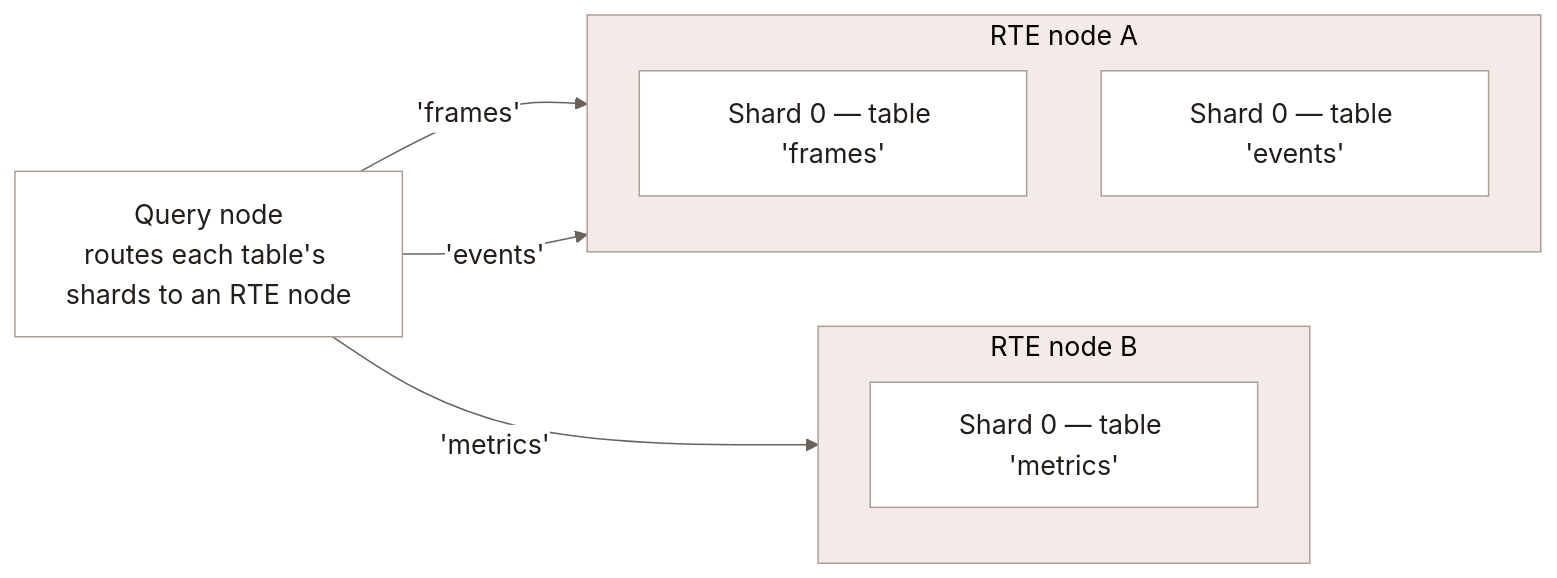
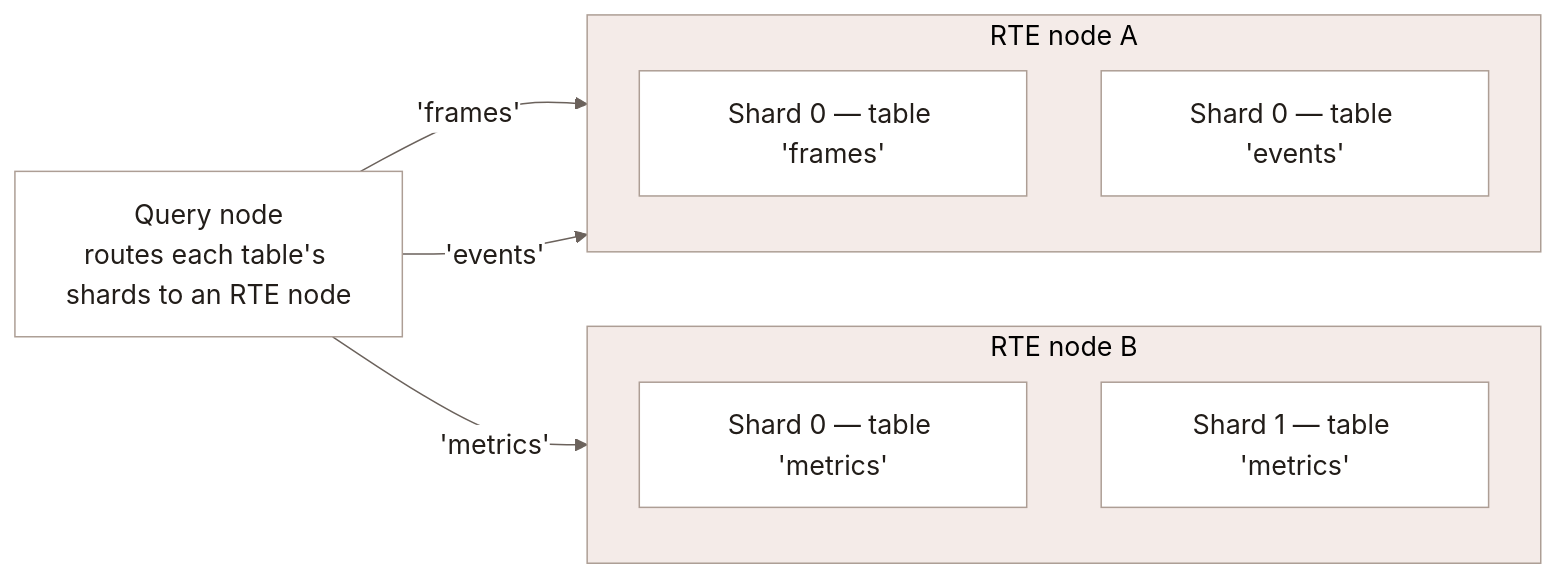
The second of 2 diagrams in docs/web/enterprise/distributed-real-time-write.mdx (lancedb/lancedb), drawn with Mermaid before and after one commit. The commit also changed other lines of this file and 6 other files, not shown here.

````diff
--- a/docs/web/enterprise/distributed-real-time-write.mdx
+++ b/docs/web/enterprise/distributed-real-time-write.mdx
@@ -64,26 +65,27 @@
 ```mermaid
 %%{init: {"theme": "base", "themeVariables": {
   "background": "#ffffff", "primaryColor": "#ffffff", "primaryTextColor": "#221d19",
   "primaryBorderColor": "#ad9e95", "lineColor": "#6b625c", "textColor": "#221d19",
   "clusterBkg": "#f4ebe8", "clusterBorder": "#ad9e95", "edgeLabelBackground": "#ffffff",
   "fontFamily": "Inter, sans-serif", "fontSize": "18px"
 }}}%%
 flowchart LR
     Q["Query node<br/>routes each table's shards to an RTE node"]
 
     subgraph W0["RTE node A"]
         direction TB
         S0["Shard 0 — table 'frames'"]
         S1["Shard 0 — table 'events'"]
     end
 
     subgraph W1["RTE node B"]
         direction TB
         S2["Shard 0 — table 'metrics'"]
+        S3["Shard 1 — table 'metrics'"]
     end
 
     Q -- "'frames'" --> W0
     Q -- "'events'" --> W0
     Q -- "'metrics'" --> W1
     classDef default fill:#ffffff,stroke:#ad9e95,stroke-width:1px,color:#221d19
 ```
````
